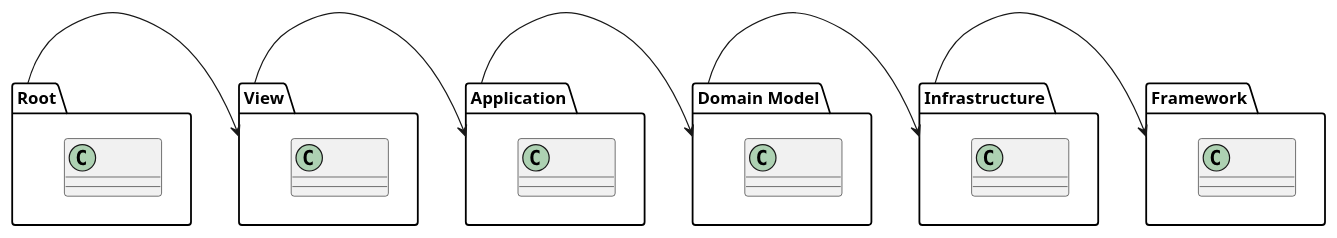
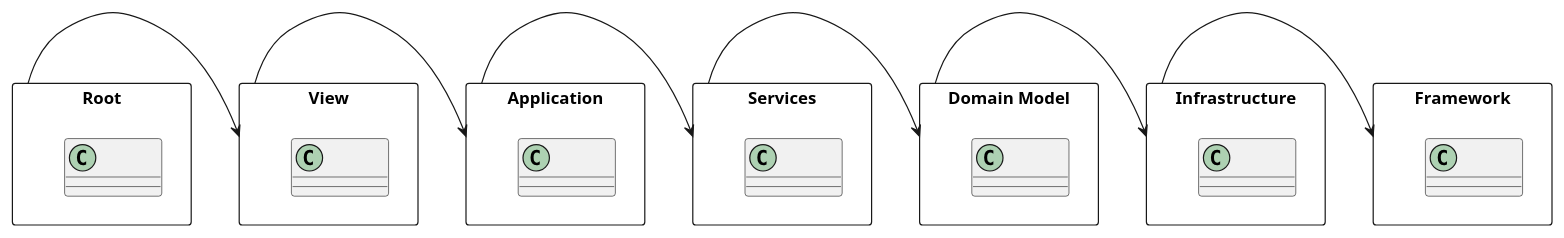
Before and after one commit to jcurl/RJCP.DLL.Log: the diagram in apps/DltDump/docs/diagrams/layers.plantuml, drawn with PlantUML. The commit also changed 23 other files, not shown here.

```diff
--- a/apps/DltDump/docs/diagrams/layers.plantuml
+++ b/apps/DltDump/docs/diagrams/layers.plantuml
@@ -1,38 +1,45 @@
 @startuml Layers
 allowmixing
 
 skinparam class {
     fontColor Transparent
     stereotypeFontColor Transparent
 }
 
-package Root {
+
+rectangle Root {
     class A11111 { }
 }
 
-package View {
+rectangle Application {
+    class A33333 { }
+}
+
+rectangle Services {
+    class A44444 { }
+}
+
+rectangle "Domain Model" as Domain {
+    class A55555 { }
+}
+
+rectangle View {
     class A22222 { }
 }
 
-package Application {
-    class A33333 { }
-}
-
-package "Domain Model" as Domain {
-    class A44444 { }
-}
-
-package Infrastructure {
-    class A55555 { }
-}
-
-package Framework {
+rectangle Infrastructure {
     class A66666 { }
 }
 
-Root -> View
-View -> Application
-Application -> Domain
-Domain -> Infrastructure
-Infrastructure -> Framework
+rectangle Framework {
+    class A77777 { }
+}
+
+Root -r-> View
+View -r-> Application
+Application -r-> Services
+Services -r-> Domain
+Domain -r-> Infrastructure
+Infrastructure -r-> Framework
+
 @enduml
```
